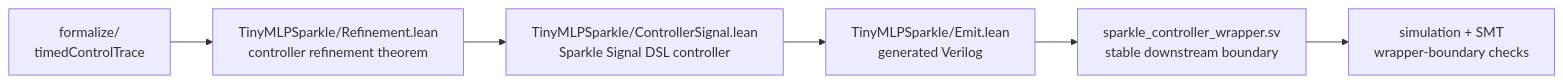
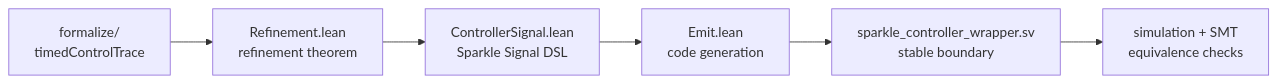
One commit to dfdgsdfg/ann-rtl-lean-poc changed the sixth of 7 diagrams in docs/from-ann-to-proven-hardware.md. Above: the diagram before and after it, drawn with Mermaid. The commit also changed other lines of this file and 20 other files, not shown here.

````diff
--- a/docs/from-ann-to-proven-hardware.md
+++ b/docs/from-ann-to-proven-hardware.md
@@ -415,8 +525,8 @@
 ```mermaid
 graph LR
-    PURE["formalize/<br/>timedControlTrace"] --> REFINE["TinyMLPSparkle/Refinement.lean<br/>controller refinement theorem"]
-    REFINE --> DSL["TinyMLPSparkle/ControllerSignal.lean<br/>Sparkle Signal DSL controller"]
-    DSL --> EMIT["TinyMLPSparkle/Emit.lean<br/>generated Verilog"]
-    EMIT --> WRAP["sparkle_controller_wrapper.sv<br/>stable downstream boundary"]
-    WRAP --> CHECK["simulation + SMT<br/>wrapper-boundary checks"]
+    PURE["formalize/<br/>timedControlTrace"] --> REFINE["Refinement.lean<br/>refinement theorem"]
+    REFINE --> DSL["ControllerSignal.lean<br/>Sparkle Signal DSL"]
+    DSL --> EMIT["Emit.lean<br/>code generation"]
+    EMIT --> WRAP["sparkle_controller_wrapper.sv<br/>stable boundary"]
+    WRAP --> CHECK["simulation + SMT<br/>equivalence checks"]
 ```
````
